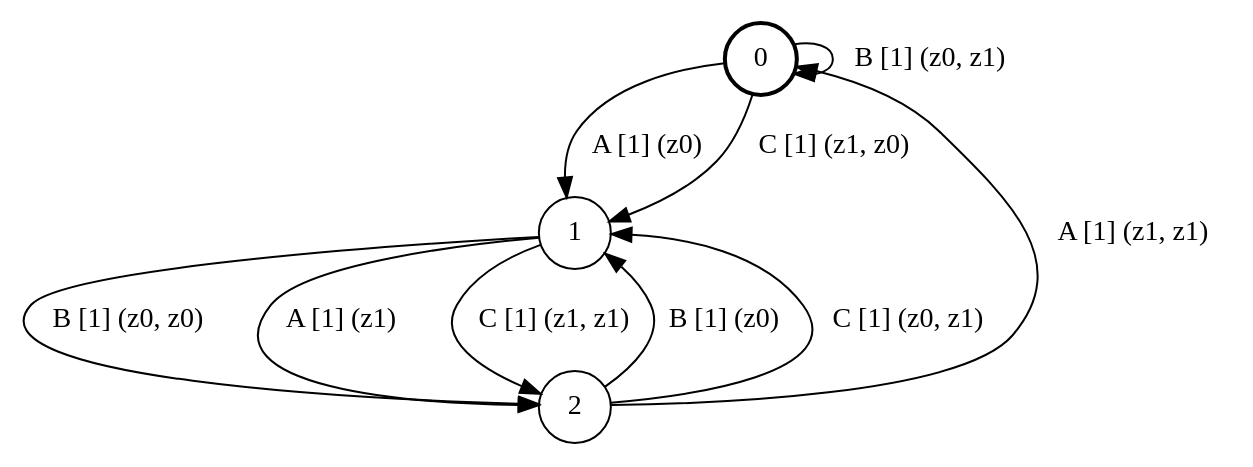
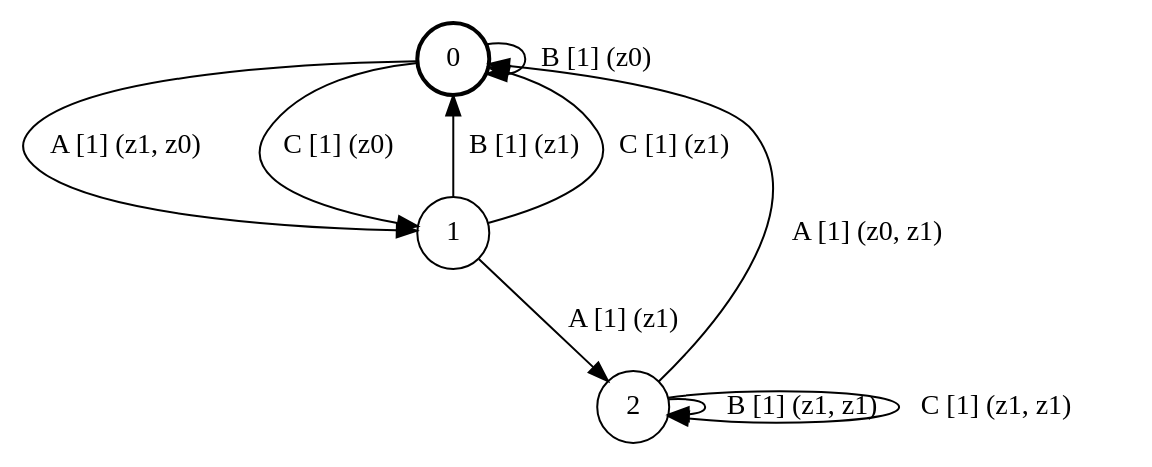
One commit to ulyantsev/EFSM-tools changed the diagram in qbf/testing/fsm_3s3e2a.dot. Above: the diagram before and after it, drawn with Graphviz. The commit also changed 812 other files, not shown here.

```diff
--- a/qbf/testing/fsm_3s3e2a.dot
+++ b/qbf/testing/fsm_3s3e2a.dot
@@ -1,15 +1,15 @@
 # generated file, don't try to modify
 # command: dot -Tpng <filename> > tree.png
 digraph Automaton {
     node [shape = circle];
     0 [style = "bold"];
-    0 -> 0 [label = "B [1] (z0, z1) "];
-    0 -> 1 [label = "A [1] (z0) "];
-    0 -> 1 [label = "C [1] (z1, z0) "];
-    1 -> 2 [label = "B [1] (z0, z0) "];
+    0 -> 1 [label = "A [1] (z1, z0) "];
+    0 -> 0 [label = "B [1] (z0) "];
+    0 -> 1 [label = "C [1] (z0) "];
     1 -> 2 [label = "A [1] (z1) "];
-    1 -> 2 [label = "C [1] (z1, z1) "];
-    2 -> 1 [label = "B [1] (z0) "];
-    2 -> 0 [label = "A [1] (z1, z1) "];
-    2 -> 1 [label = "C [1] (z0, z1) "];
+    1 -> 0 [label = "B [1] (z1) "];
+    1 -> 0 [label = "C [1] (z1) "];
+    2 -> 0 [label = "A [1] (z0, z1) "];
+    2 -> 2 [label = "B [1] (z1, z1) "];
+    2 -> 2 [label = "C [1] (z1, z1) "];
 }
```
